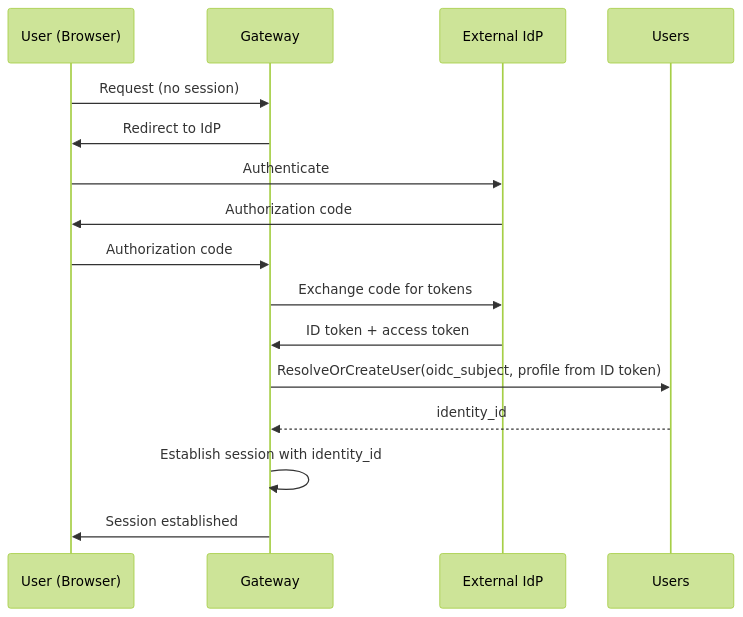
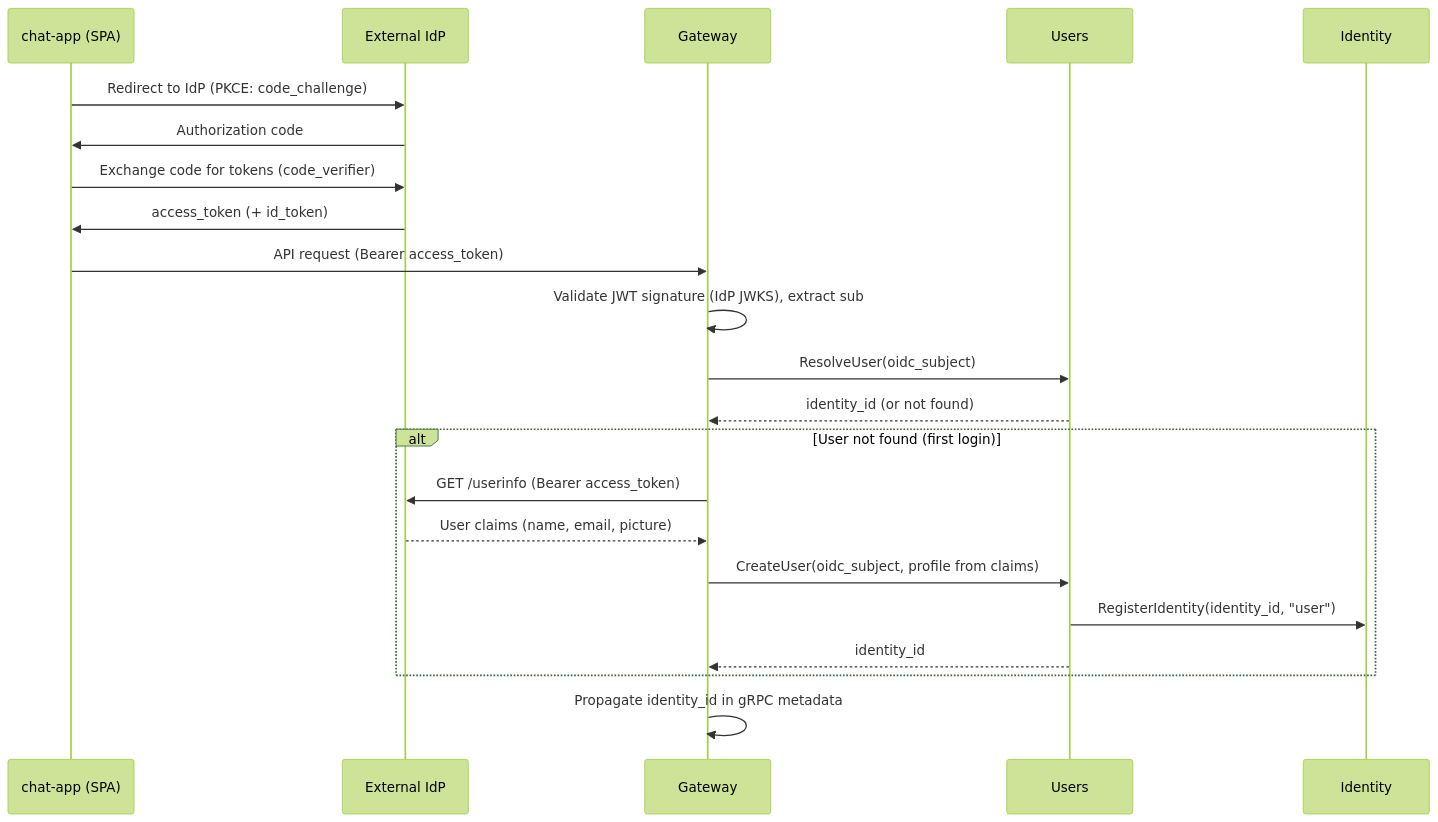
One commit to agynio/architecture changed the first of 3 diagrams in architecture/authn.md. Above: the diagram before and after it, drawn with Mermaid (forest theme). The commit also changed other lines of this file and 3 other files, not shown here.

First line of the commit message:
fix: correct OIDC auth flow — SPA PKCE, stateless Gateway, split ResolveUser/CreateUser

````diff
--- a/architecture/authn.md
+++ b/architecture/authn.md
@@ -37,19 +37,25 @@
 ```mermaid
 sequenceDiagram
-    participant U as User (Browser)
+    participant App as chat-app (SPA)
+    participant IdP as External IdP
     participant GW as Gateway
-    participant IdP as External IdP
     participant US as Users
+    participant IS as Identity
 
-    U->>GW: Request (no session)
-    GW->>U: Redirect to IdP
-    U->>IdP: Authenticate
-    IdP->>U: Authorization code
-    U->>GW: Authorization code
-    GW->>IdP: Exchange code for tokens
-    IdP->>GW: ID token + access token
-    GW->>US: ResolveOrCreateUser(oidc_subject, profile from ID token)
-    US-->>GW: identity_id
-    GW->>GW: Establish session with identity_id
-    GW->>U: Session established
+    App->>IdP: Redirect to IdP (PKCE: code_challenge)
+    IdP->>App: Authorization code
+    App->>IdP: Exchange code for tokens (code_verifier)
+    IdP->>App: access_token (+ id_token)
+    App->>GW: API request (Bearer access_token)
+    GW->>GW: Validate JWT signature (IdP JWKS), extract sub
+    GW->>US: ResolveUser(oidc_subject)
+    US-->>GW: identity_id (or not found)
+    alt User not found (first login)
+        GW->>IdP: GET /userinfo (Bearer access_token)
+        IdP-->>GW: User claims (name, email, picture)
+        GW->>US: CreateUser(oidc_subject, profile from claims)
+        US->>IS: RegisterIdentity(identity_id, "user")
+        US-->>GW: identity_id
+    end
+    GW->>GW: Propagate identity_id in gRPC metadata
 ```
````
